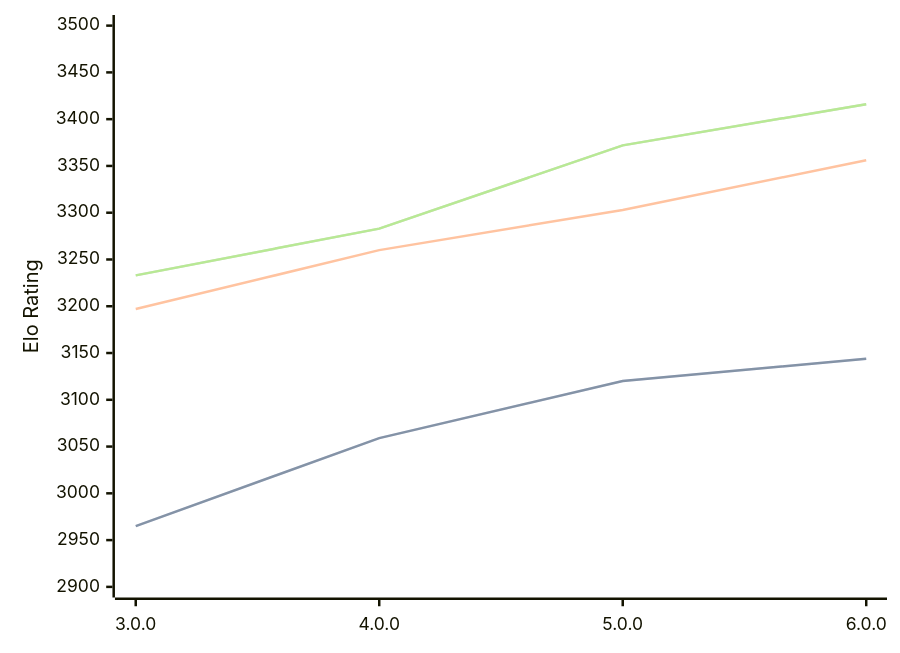
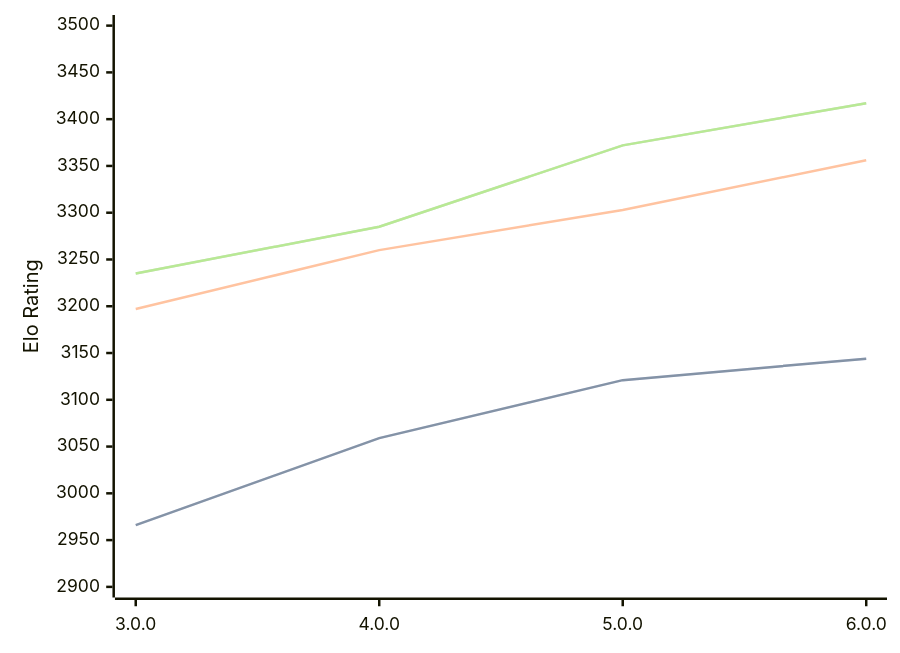
The diagram in engines/Minke.md (computer-chess-index/cci), drawn with Mermaid before and after one commit. The commit also changed other lines of this file, not shown here.

Commit message:
Update CCI Ratings (ELO VLTC) - 2026-07-23

````diff
--- a/engines/Minke.md
+++ b/engines/Minke.md
@@ -36,11 +36,11 @@
 ```mermaid
 %%{init: {"theme":"base","themeVariables":{"seriesColors:['#a3a3a3','#222221','#faa371']}}}%%
 xychart-beta
   x-axis ["3.0.0", "4.0.0", "5.0.0", "6.0.0"]
   y-axis "Elo Rating" 2900 --> 3500
-  line "STC (8.0+0.08s)" [2965, 3059, 3120, 3144]
-  line "STC (8.0+0.08s)" [2965, 3059, 3120, 3144]
+  line "STC (8.0+0.08s)" [2966, 3059, 3121, 3144]
+  line "STC (8.0+0.08s)" [2966, 3059, 3121, 3144]
   line "LTC (60.0+0.60s)" [3197, 3260, 3303, 3356]
-  line "VLTC (2m24s+1.12s)" [3233, 3283, 3372, 3416]
-  line "VLTC (2m24s+1.12s)" [3233, 3283, 3372, 3416]
+  line "VLTC (2m24s+1.12s)" [3235, 3285, 3372, 3417]
+  line "VLTC (2m24s+1.12s)" [3235, 3285, 3372, 3417]
 ```
````
